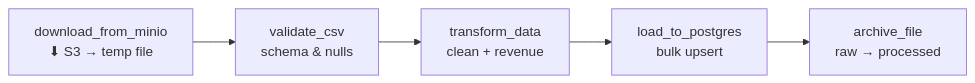
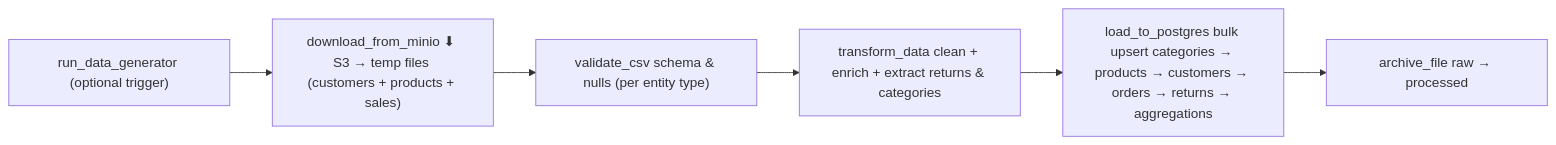
The second of 2 diagrams in docs/architecture.md (DE-E-K/DEM12), drawn with Mermaid before and after one commit. The commit also changed other lines of this file and 16 other files, not shown here.

First line of the commit message:
Refactor transformations and database schema for sales data platform

````diff
--- a/docs/architecture.md
+++ b/docs/architecture.md
@@ -36,10 +36,11 @@
 ```mermaid
 flowchart LR
-    D["download_from_minio\n⬇ S3 → temp file"]
-    V["validate_csv\n schema & nulls"]
-    T["transform_data\n clean + revenue"]
-    L["load_to_postgres\n bulk upsert"]
-    A["archive_file\n raw → processed"]
+    R["run_data_generator (optional trigger)"]
+    D["download_from_minio ⬇ S3 → temp files (customers + products + sales)"]
+    V["validate_csv schema & nulls (per entity type)"]
+    T["transform_data clean + enrich + extract returns & categories"]
+    L["load_to_postgres bulk upsert categories → products → customers → orders → returns → aggregations"]
+    A["archive_file raw → processed"]
 
-    D --> V --> T --> L --> A
+    R --> D --> V --> T --> L --> A
 ```
````
